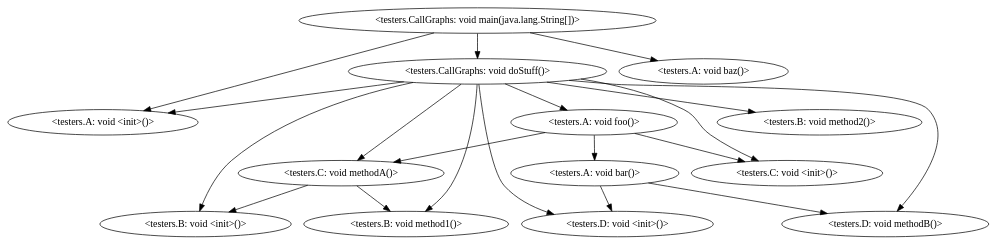
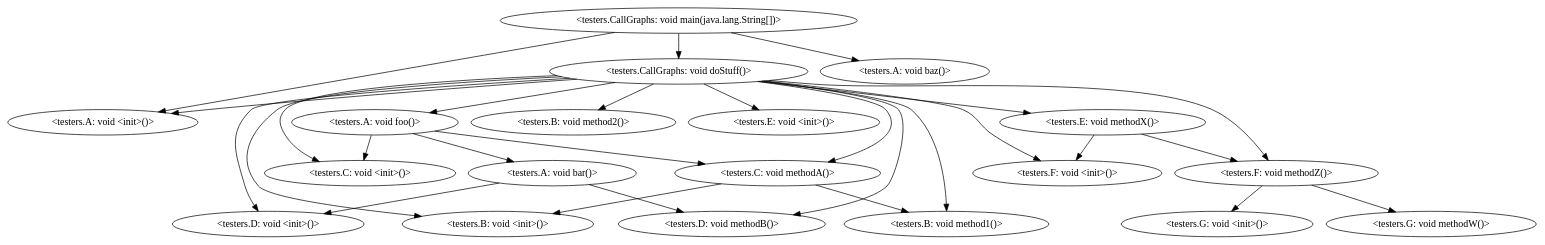
Before and after one commit to murtaza215/CS401-CGA: the diagram in output.dot, drawn with Graphviz. The commit also changed 10 other files, not shown here.

```diff
--- a/output.dot
+++ b/output.dot
@@ -1,34 +1,48 @@
 digraph "call-graph" {
     "<testers.CallGraphs: void main(java.lang.String[])>"
     "<testers.CallGraphs: void doStuff()>"
     "<testers.CallGraphs: void main(java.lang.String[])>"->"<testers.CallGraphs: void doStuff()>";
     "<testers.A: void <init>()>"
     "<testers.CallGraphs: void main(java.lang.String[])>"->"<testers.A: void <init>()>";
     "<testers.A: void baz()>"
     "<testers.CallGraphs: void main(java.lang.String[])>"->"<testers.A: void baz()>";
     "<testers.CallGraphs: void doStuff()>"->"<testers.A: void <init>()>";
     "<testers.A: void foo()>"
     "<testers.CallGraphs: void doStuff()>"->"<testers.A: void foo()>";
     "<testers.B: void <init>()>"
     "<testers.CallGraphs: void doStuff()>"->"<testers.B: void <init>()>";
     "<testers.B: void method1()>"
     "<testers.CallGraphs: void doStuff()>"->"<testers.B: void method1()>";
     "<testers.B: void method2()>"
     "<testers.CallGraphs: void doStuff()>"->"<testers.B: void method2()>";
     "<testers.C: void <init>()>"
     "<testers.CallGraphs: void doStuff()>"->"<testers.C: void <init>()>";
     "<testers.C: void methodA()>"
     "<testers.CallGraphs: void doStuff()>"->"<testers.C: void methodA()>";
     "<testers.D: void <init>()>"
     "<testers.CallGraphs: void doStuff()>"->"<testers.D: void <init>()>";
     "<testers.D: void methodB()>"
     "<testers.CallGraphs: void doStuff()>"->"<testers.D: void methodB()>";
+    "<testers.E: void <init>()>"
+    "<testers.CallGraphs: void doStuff()>"->"<testers.E: void <init>()>";
+    "<testers.E: void methodX()>"
+    "<testers.CallGraphs: void doStuff()>"->"<testers.E: void methodX()>";
+    "<testers.F: void <init>()>"
+    "<testers.CallGraphs: void doStuff()>"->"<testers.F: void <init>()>";
+    "<testers.F: void methodZ()>"
+    "<testers.CallGraphs: void doStuff()>"->"<testers.F: void methodZ()>";
     "<testers.A: void bar()>"
     "<testers.A: void foo()>"->"<testers.A: void bar()>";
     "<testers.A: void foo()>"->"<testers.C: void <init>()>";
     "<testers.A: void foo()>"->"<testers.C: void methodA()>";
     "<testers.C: void methodA()>"->"<testers.B: void <init>()>";
     "<testers.C: void methodA()>"->"<testers.B: void method1()>";
+    "<testers.E: void methodX()>"->"<testers.F: void <init>()>";
+    "<testers.E: void methodX()>"->"<testers.F: void methodZ()>";
+    "<testers.G: void <init>()>"
+    "<testers.F: void methodZ()>"->"<testers.G: void <init>()>";
+    "<testers.G: void methodW()>"
+    "<testers.F: void methodZ()>"->"<testers.G: void methodW()>";
     "<testers.A: void bar()>"->"<testers.D: void <init>()>";
     "<testers.A: void bar()>"->"<testers.D: void methodB()>";
 }
```
